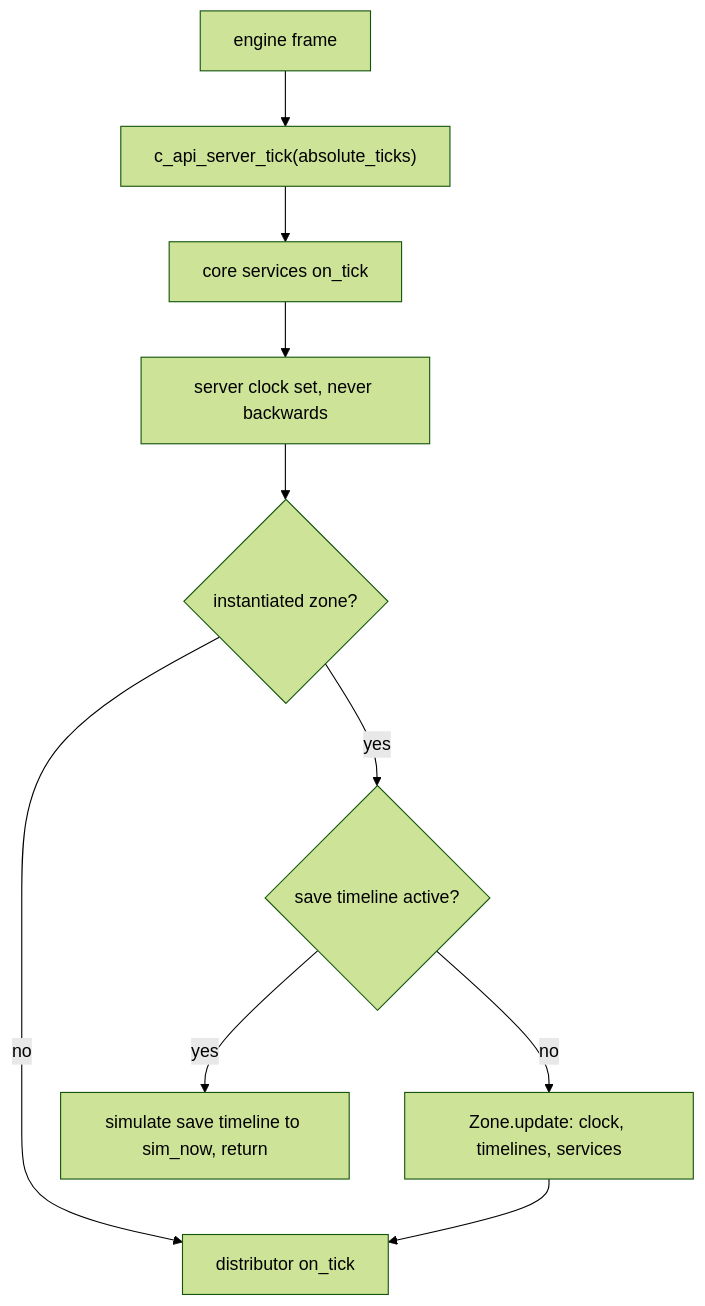
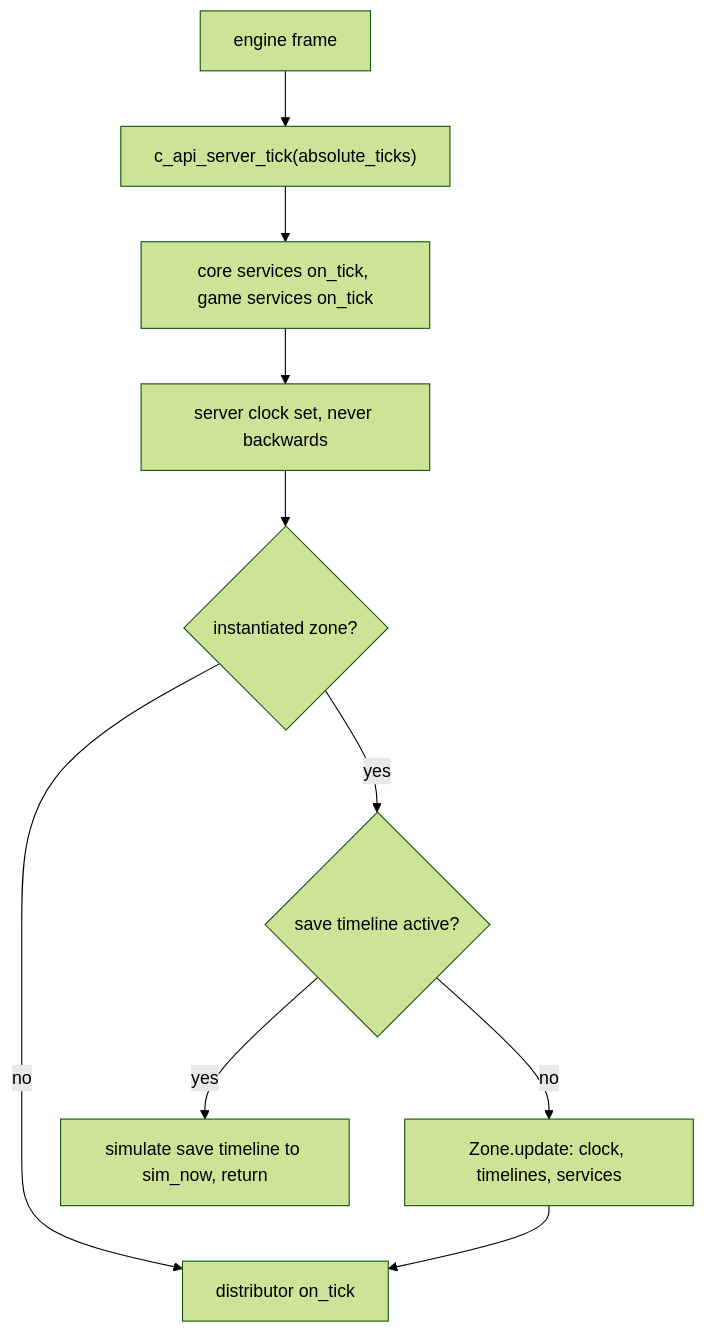
The first of 2 diagrams in src/1.01-time-scheduling-loading.md (sudo-ezekiel/how-the-sims-4-works), drawn with Mermaid (forest theme) before and after one commit. The commit also changed other lines of this file and 60 other files, not shown here.

````diff
--- a/src/1.01-time-scheduling-loading.md
+++ b/src/1.01-time-scheduling-loading.md
@@ -37,12 +37,12 @@
 ```mermaid
 flowchart TD
     N[engine frame] --> T["c_api_server_tick(absolute_ticks)"]
-    T --> C[core services on_tick]
+    T --> C[core services on_tick, game services on_tick]
     C --> S[server clock set, never backwards]
     S --> Z{instantiated zone?}
     Z -- no --> D[distributor on_tick]
     Z -- yes --> V{save timeline active?}
     V -- yes --> SV[simulate save timeline to sim_now, return]
     V -- no --> U[Zone.update: clock, timelines, services]
     U --> D
 ```
````
